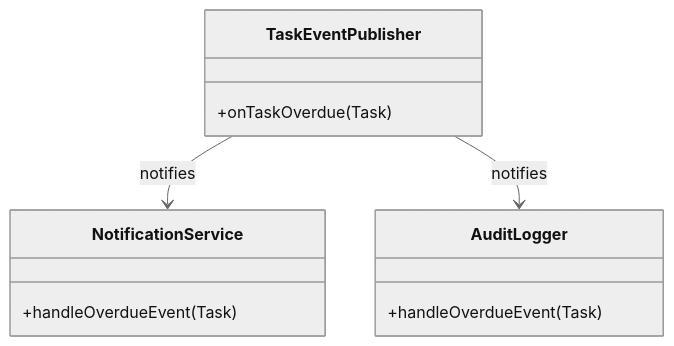
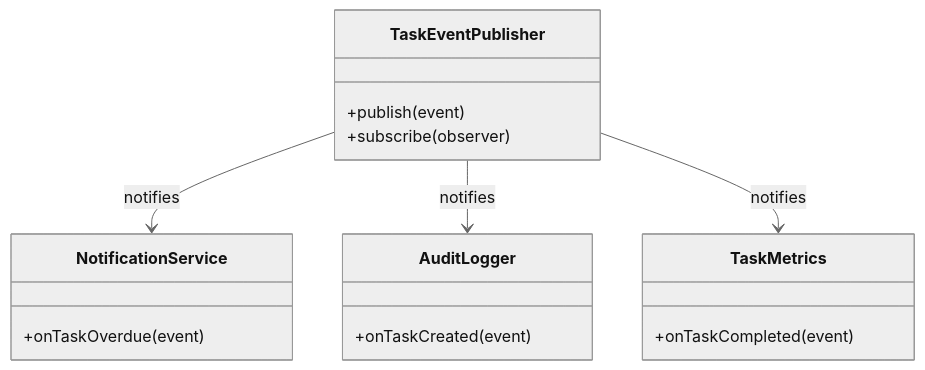
One commit to suli-g/stratum changed the tenth of 10 diagrams in docs/level-1/L02.md. Above: the diagram before and after it, drawn with Mermaid (neutral theme). The commit also changed other lines of this file, not shown here.

Commit message:
Draft: Updated version of task 2 - to be submitted for comparison.

````diff
--- a/docs/level-1/L02.md
+++ b/docs/level-1/L02.md
@@ -224,14 +295,20 @@
 ```{mermaid}
 classDiagram
     class TaskEventPublisher {
-        +onTaskOverdue(Task)
+        +publish(event)
+        +subscribe(observer)
     }
     class NotificationService {
-        +handleOverdueEvent(Task)
+        +onTaskOverdue(event)
     }
     class AuditLogger {
-        +handleOverdueEvent(Task)
+        +onTaskCreated(event)
     }
+    class TaskMetrics {
+        +onTaskCompleted(event)
+    }
+    
     TaskEventPublisher --> NotificationService : notifies
     TaskEventPublisher --> AuditLogger : notifies
+    TaskEventPublisher --> TaskMetrics : notifies
 ```
````
